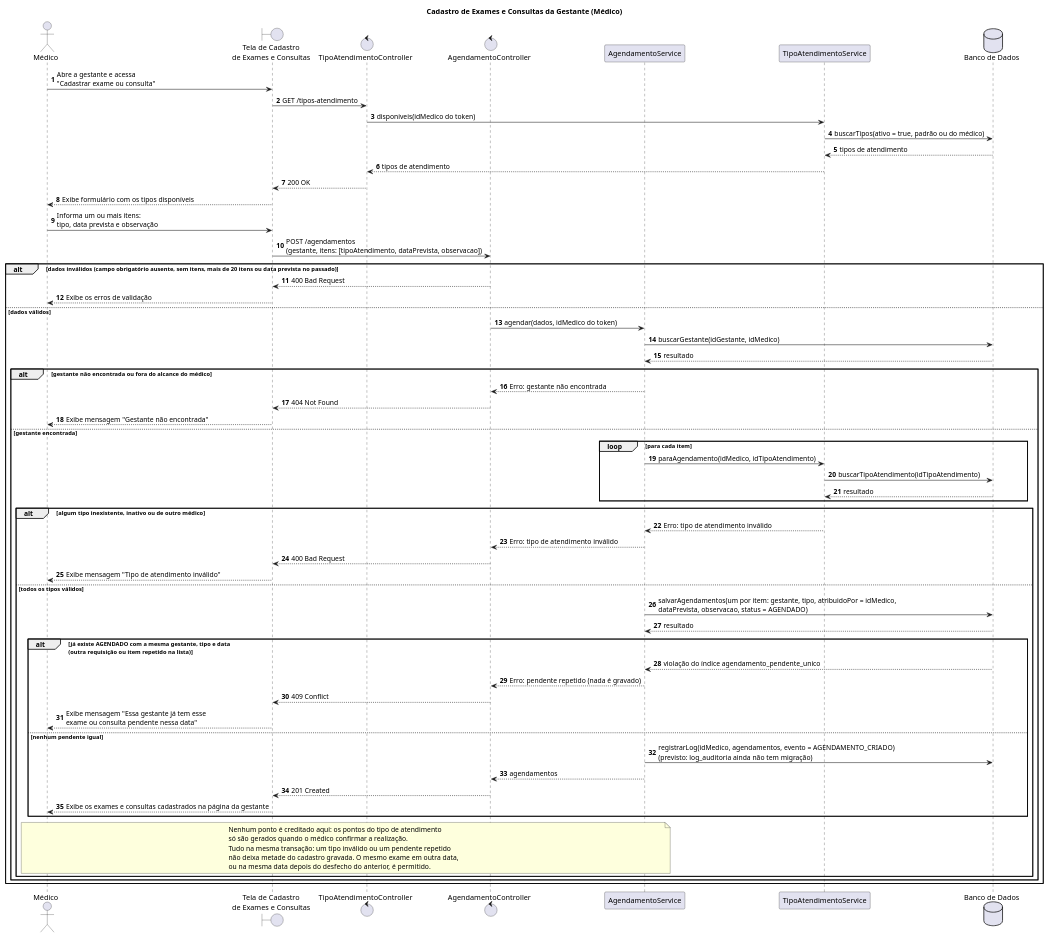
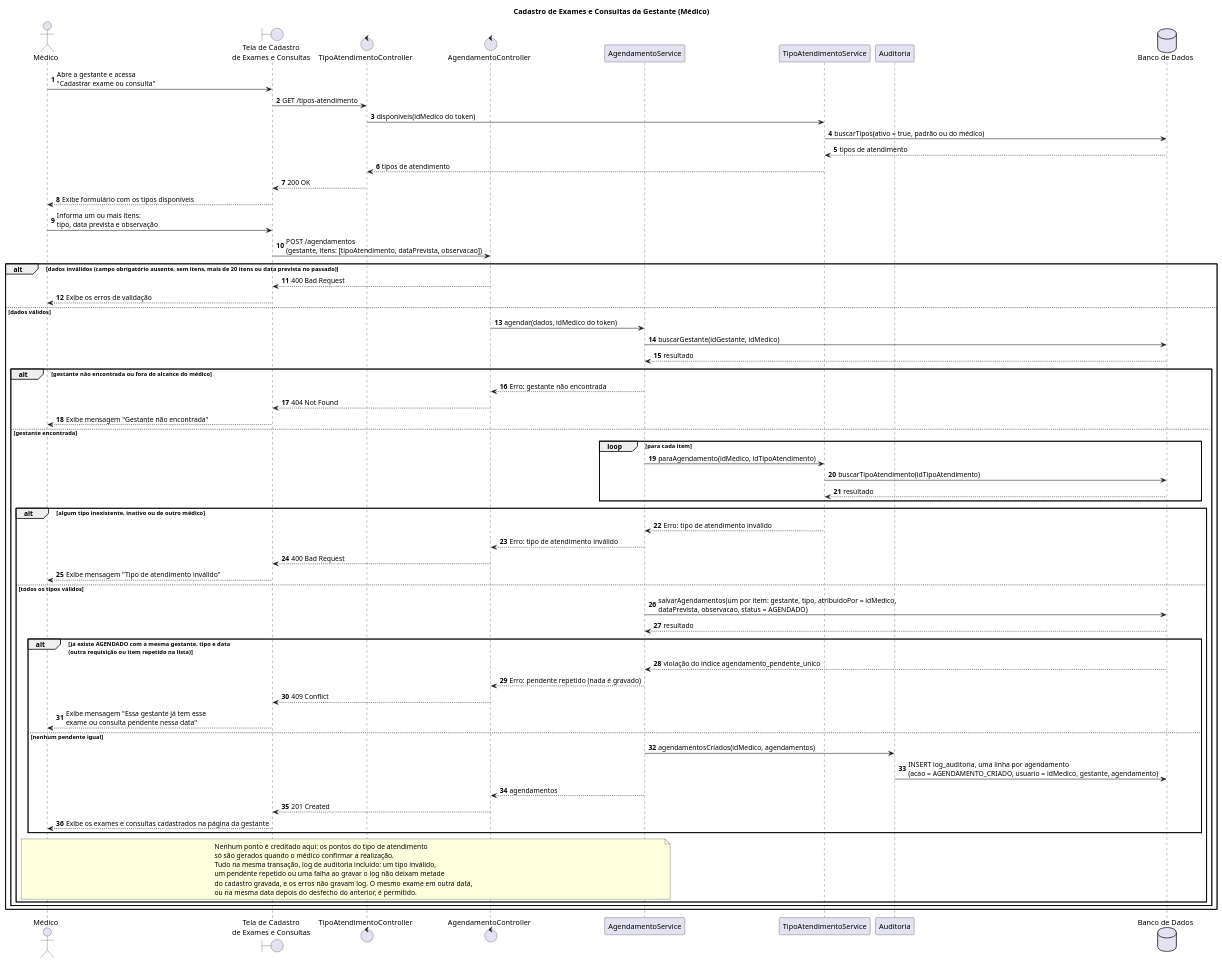
The diagram in docs/sequence-diagrams/cadastro-exame-consulta/cadastro-exame-consulta.puml (CozyShelf/previna-backend), drawn with PlantUML before and after one commit. The commit also changed 17 other files, not shown here.

Commit message:
docs: log de auditoria no README, nos diagramas de sequência e no modelo lógico

```diff
--- a/docs/sequence-diagrams/cadastro-exame-consulta/cadastro-exame-consulta.puml
+++ b/docs/sequence-diagrams/cadastro-exame-consulta/cadastro-exame-consulta.puml
@@ -1,75 +1,78 @@
 @startuml cadastro-exame-consulta
 title Cadastro de Exames e Consultas da Gestante (Médico)
 autonumber
 
 actor "Médico" as Medico
 boundary "Tela de Cadastro\nde Exames e Consultas" as Tela
 control "TipoAtendimentoController" as TipoController
 control "AgendamentoController" as Controller
 participant "AgendamentoService" as Service
 participant "TipoAtendimentoService" as Tipos
+participant "Auditoria" as Auditoria
 database "Banco de Dados" as BD
 
 Medico -> Tela : Abre a gestante e acessa\n"Cadastrar exame ou consulta"
 Tela -> TipoController : GET /tipos-atendimento
 TipoController -> Tipos : disponiveis(idMedico do token)
 Tipos -> BD : buscarTipos(ativo = true, padrão ou do médico)
 BD --> Tipos : tipos de atendimento
 Tipos --> TipoController : tipos de atendimento
 TipoController --> Tela : 200 OK
 Tela --> Medico : Exibe formulário com os tipos disponíveis
 
 Medico -> Tela : Informa um ou mais itens:\ntipo, data prevista e observação
 Tela -> Controller : POST /agendamentos\n(gestante, itens: [tipoAtendimento, dataPrevista, observacao])
 
 alt dados inválidos (campo obrigatório ausente, sem itens, mais de 20 itens ou data prevista no passado)
     Controller --> Tela : 400 Bad Request
     Tela --> Medico : Exibe os erros de validação
 else dados válidos
     Controller -> Service : agendar(dados, idMedico do token)
     Service -> BD : buscarGestante(idGestante, idMedico)
     BD --> Service : resultado
 
     alt gestante não encontrada ou fora do alcance do médico
         Service --> Controller : Erro: gestante não encontrada
         Controller --> Tela : 404 Not Found
         Tela --> Medico : Exibe mensagem "Gestante não encontrada"
     else gestante encontrada
         loop para cada item
             Service -> Tipos : paraAgendamento(idMedico, idTipoAtendimento)
             Tipos -> BD : buscarTipoAtendimento(idTipoAtendimento)
             BD --> Tipos : resultado
         end
 
         alt algum tipo inexistente, inativo ou de outro médico
             Tipos --> Service : Erro: tipo de atendimento inválido
             Service --> Controller : Erro: tipo de atendimento inválido
             Controller --> Tela : 400 Bad Request
             Tela --> Medico : Exibe mensagem "Tipo de atendimento inválido"
         else todos os tipos válidos
             Service -> BD : salvarAgendamentos(um por item: gestante, tipo, atribuidoPor = idMedico,\ndataPrevista, observacao, status = AGENDADO)
             BD --> Service : resultado
 
             alt já existe AGENDADO com a mesma gestante, tipo e data\n(outra requisição ou item repetido na lista)
                 BD --> Service : violação do índice agendamento_pendente_unico
                 Service --> Controller : Erro: pendente repetido (nada é gravado)
                 Controller --> Tela : 409 Conflict
                 Tela --> Medico : Exibe mensagem "Essa gestante já tem esse\nexame ou consulta pendente nessa data"
             else nenhum pendente igual
-                Service -> BD : registrarLog(idMedico, agendamentos, evento = AGENDAMENTO_CRIADO)\n(previsto: log_auditoria ainda não tem migração)
+                Service -> Auditoria : agendamentosCriados(idMedico, agendamentos)
+                Auditoria -> BD : INSERT log_auditoria, uma linha por agendamento\n(acao = AGENDAMENTO_CRIADO, usuario = idMedico, gestante, agendamento)
                 Service --> Controller : agendamentos
                 Controller --> Tela : 201 Created
                 Tela --> Medico : Exibe os exames e consultas cadastrados na página da gestante
             end
             note over Medico, Service
                 Nenhum ponto é creditado aqui: os pontos do tipo de atendimento
                 só são gerados quando o médico confirmar a realização.
-                Tudo na mesma transação: um tipo inválido ou um pendente repetido
-                não deixa metade do cadastro gravada. O mesmo exame em outra data,
+                Tudo na mesma transação, log de auditoria incluído: um tipo inválido,
+                um pendente repetido ou uma falha ao gravar o log não deixam metade
+                do cadastro gravada, e os erros não gravam log. O mesmo exame em outra data,
                 ou na mesma data depois do desfecho do anterior, é permitido.
             end note
         end
     end
 end
 
 @enduml
```
